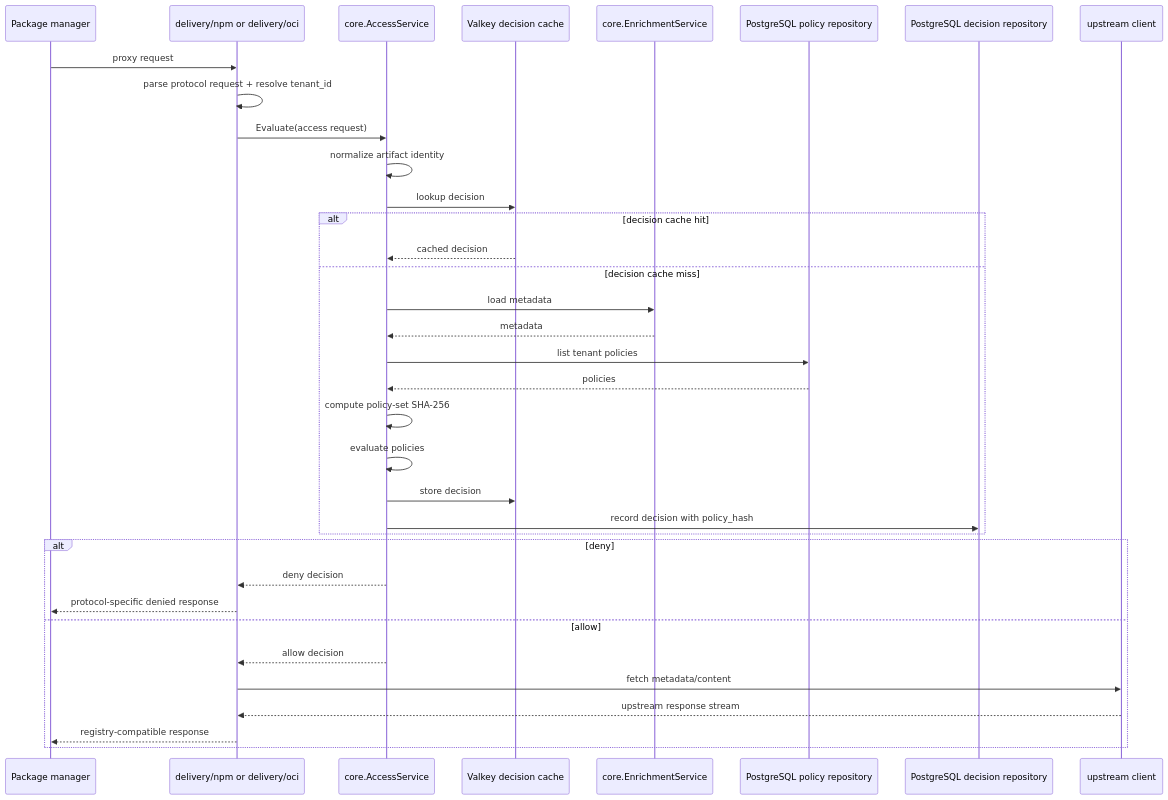
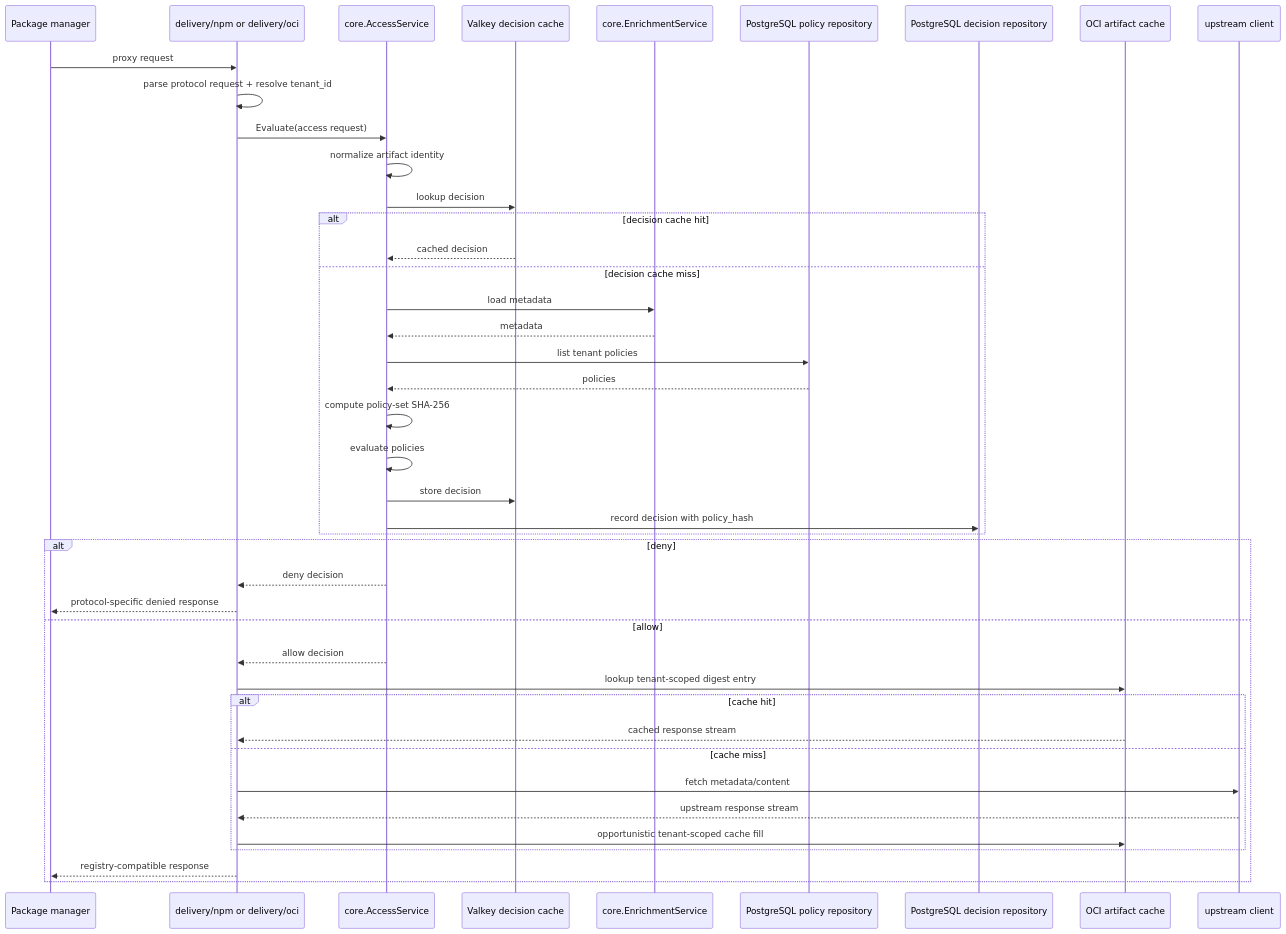
Before and after one commit to terrpan/dependency-firewall: the third of 4 diagrams in docs/architecture.md, drawn with Mermaid. The commit also changed other lines of this file and 49 other files, not shown here.

Commit message:
Add tenant-aware OCI caching and control-plane improvements

````diff
--- a/docs/architecture.md
+++ b/docs/architecture.md
@@ -139,40 +178,47 @@
 ```mermaid
 sequenceDiagram
     participant client as Package manager
     participant delivery as delivery/npm or delivery/oci
     participant access as core.AccessService
     participant dcache as Valkey decision cache
     participant enrich as core.EnrichmentService
     participant policyrepo as PostgreSQL policy repository
     participant decisionrepo as PostgreSQL decision repository
+    participant ocicache as OCI artifact cache
     participant upstream as upstream client
 
     client->>delivery: proxy request
     delivery->>delivery: parse protocol request + resolve tenant_id
     delivery->>access: Evaluate(access request)
     access->>access: normalize artifact identity
     access->>dcache: lookup decision
 
     alt decision cache hit
         dcache-->>access: cached decision
     else decision cache miss
         access->>enrich: load metadata
         enrich-->>access: metadata
         access->>policyrepo: list tenant policies
         policyrepo-->>access: policies
         access->>access: compute policy-set SHA-256
         access->>access: evaluate policies
         access->>dcache: store decision
         access->>decisionrepo: record decision with policy_hash
     end
 
     alt deny
         access-->>delivery: deny decision
         delivery-->>client: protocol-specific denied response
     else allow
         access-->>delivery: allow decision
-        delivery->>upstream: fetch metadata/content
-        upstream-->>delivery: upstream response stream
+        delivery->>ocicache: lookup tenant-scoped digest entry
+        alt cache hit
+            ocicache-->>delivery: cached response stream
+        else cache miss
+            delivery->>upstream: fetch metadata/content
+            upstream-->>delivery: upstream response stream
+            delivery->>ocicache: opportunistic tenant-scoped cache fill
+        end
         delivery-->>client: registry-compatible response
     end
 ```
````
